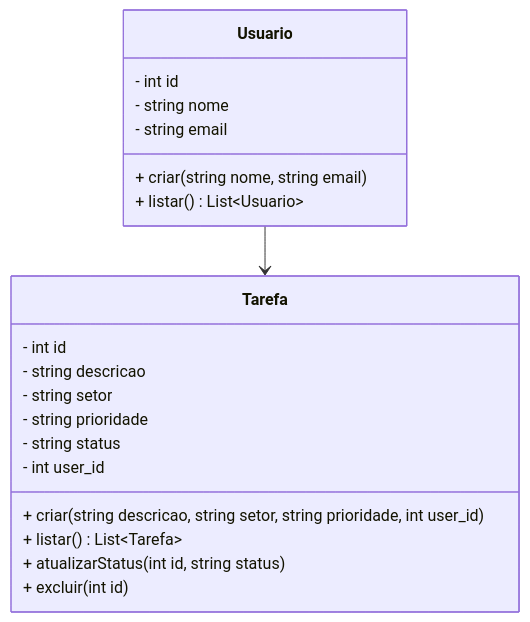
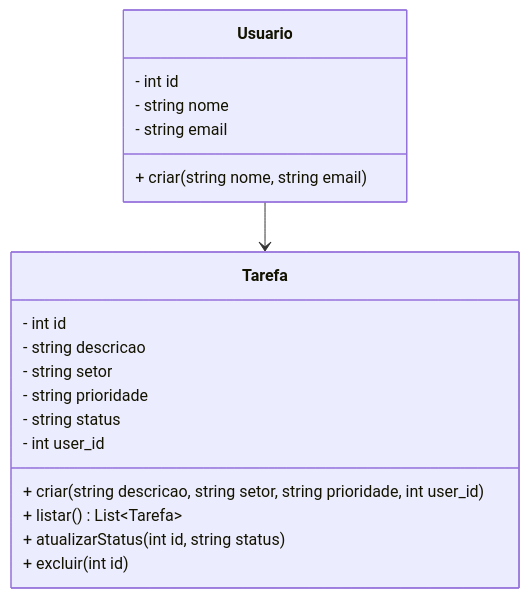
One commit to Diogotb/SaepPratica changed the first of 2 diagrams in gerenciador-tarefas-node/README.md. Above: the diagram before and after it, drawn with Mermaid.

````diff
--- a/gerenciador-tarefas-node/README.md
+++ b/gerenciador-tarefas-node/README.md
@@ -14,26 +14,25 @@
 ```mermaid
 classDiagram
     class Usuario {
         - int id
         - string nome
         - string email
         + criar(string nome, string email)
-        + listar() List~Usuario~
     }
 
     class Tarefa {
         - int id
         - string descricao
         - string setor
         - string prioridade
         - string status
         - int user_id
         + criar(string descricao, string setor, string prioridade, int user_id)
         + listar() List~Tarefa~
         + atualizarStatus(int id, string status)
         + excluir(int id)
     }
 
 
     Usuario --> Tarefa
 ```
````
